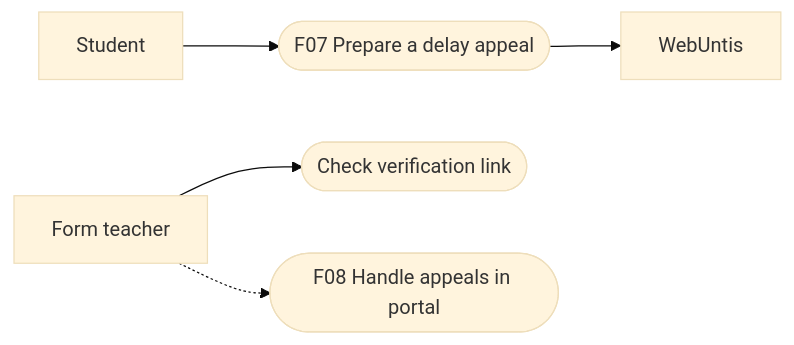
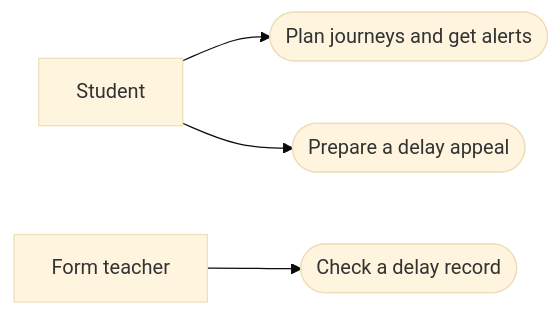
Before and after one commit to LPuehringerStudent/LeoWay: the first of 3 diagrams in docs/LeoWay-System-Specification.md, drawn with Mermaid (base theme). The commit also changed other lines of this file and 1 other file, not shown here.

````diff
--- a/docs/LeoWay-System-Specification.md
+++ b/docs/LeoWay-System-Specification.md
@@ -369,8 +25,7 @@
 ```mermaid
 %% use-case
 flowchart LR
-  S[Student] --> F07([F07 Prepare a delay appeal])
-  T[Form teacher] --> V([Check verification link])
-  T -.-> F08([F08 Handle appeals in portal])
-  F07 --> W[WebUntis]
+  S[Student] --> J([Plan journeys and get alerts])
+  S --> A([Prepare a delay appeal])
+  T[Form teacher] --> V([Check a delay record])
 ```
````
